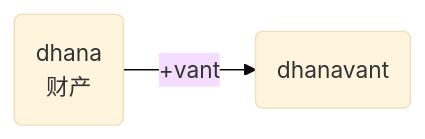
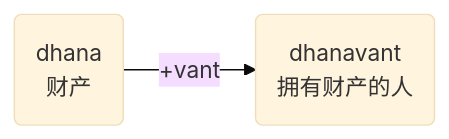
Before and after one commit to iapt-platform/pali-handbook: the ninth of 42 diagrams in src/derivative/bheda.md, drawn with Mermaid (base theme). The commit also changed other lines of this file, not shown here.

```diff
--- a/src/derivative/bheda.md
+++ b/src/derivative/bheda.md
@@ -87,6 +87,6 @@
 <div class="mermaid">
 flowchart LR
 X("dhana<br>财产")
-Y("dhanavant<br>")
+Y("dhanavant<br>拥有财产的人")
 X--"+vant"-->Y
 </div>
```
